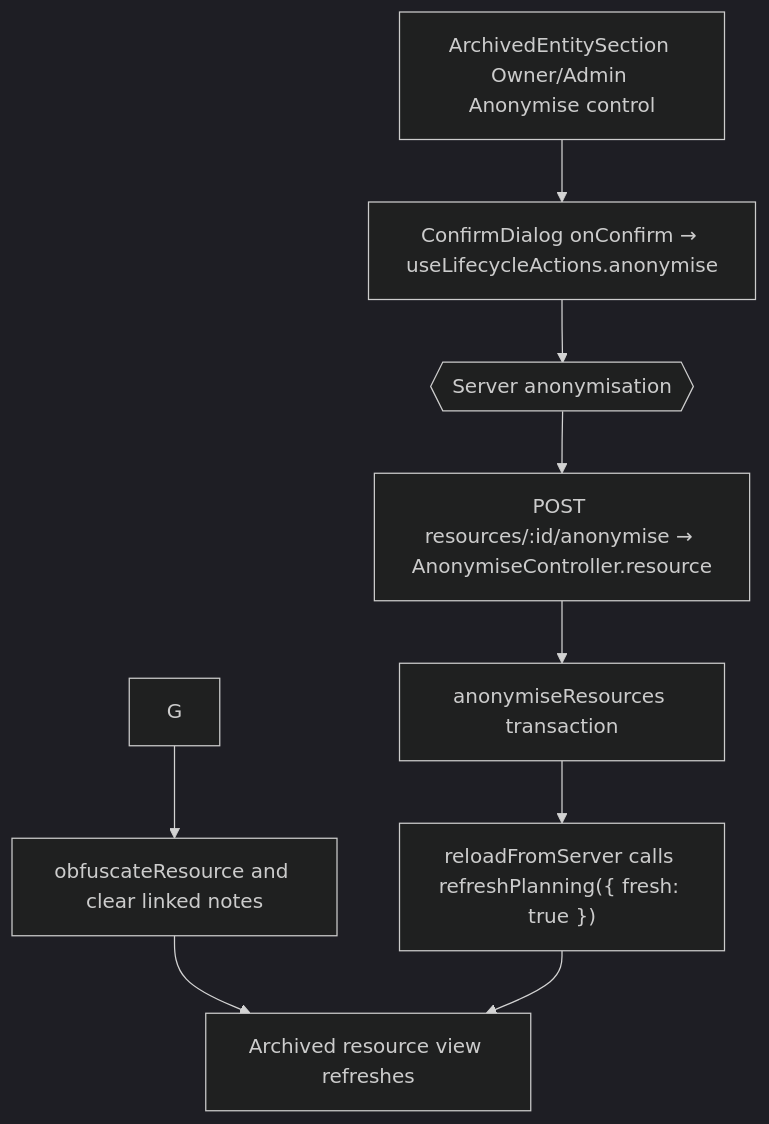
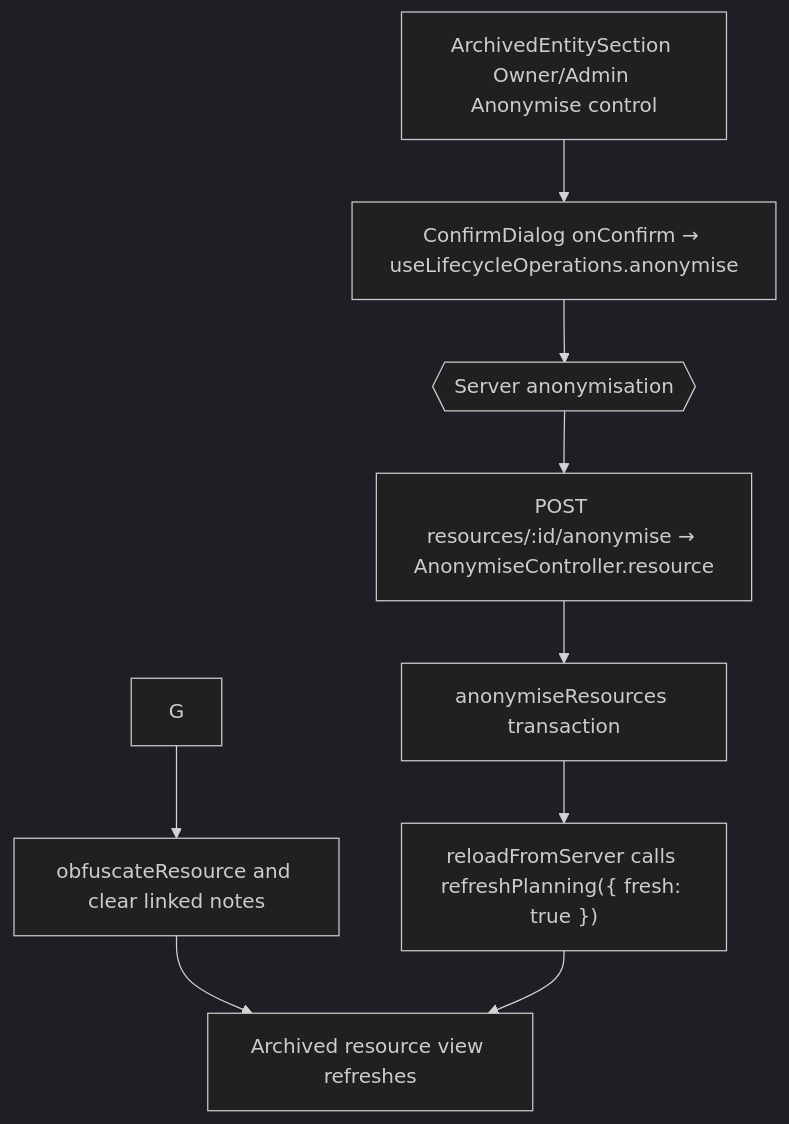
One commit to Kevinjohn/capacitylens changed the second of 2 diagrams in user-stories/resources/US-RES-16-anonymise-resource.md. Above: the diagram before and after it, drawn with Mermaid (dark theme). The commit also changed other lines of this file and 50 other files, not shown here.

````diff
--- a/user-stories/resources/US-RES-16-anonymise-resource.md
+++ b/user-stories/resources/US-RES-16-anonymise-resource.md
@@ -28,9 +28,9 @@
 ```mermaid
 flowchart TD
-  A["ArchivedEntitySection Owner/Admin Anonymise control"] --> B["ConfirmDialog onConfirm → useLifecycleActions.anonymise"]
+  A["ArchivedEntitySection Owner/Admin Anonymise control"] --> B["ConfirmDialog onConfirm → useLifecycleOperations.anonymise"]
   B --> C{{"Server anonymisation"}}
   C --> D["POST resources/:id/anonymise → AnonymiseController.resource"] --> E["anonymiseResources transaction"] --> F["reloadFromServer calls refreshPlanning({ fresh: true })"]
   G --> H["obfuscateResource and clear linked notes"]
   H --> I["Archived resource view refreshes"]
   F --> I
 ```
````
